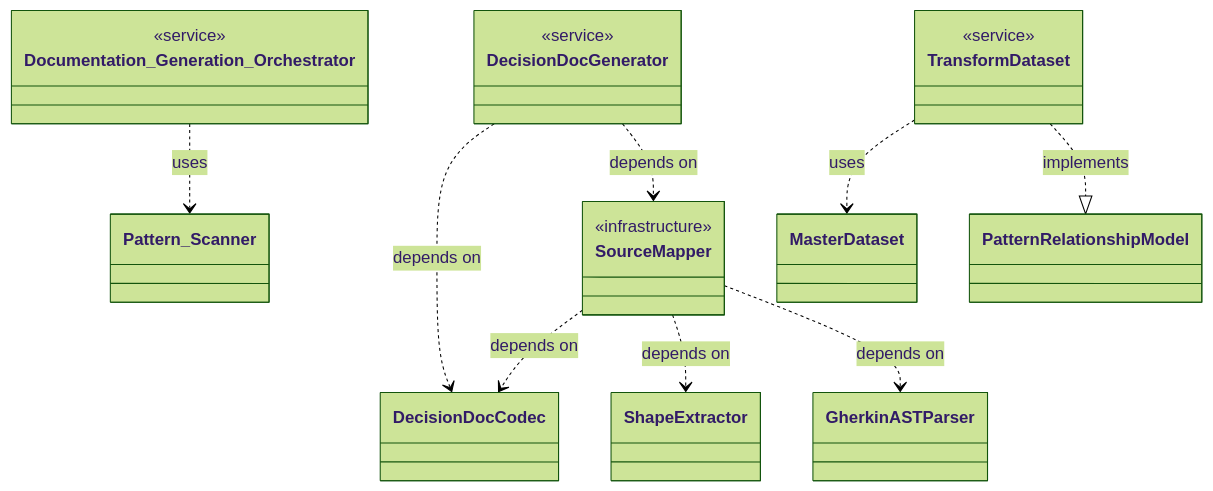
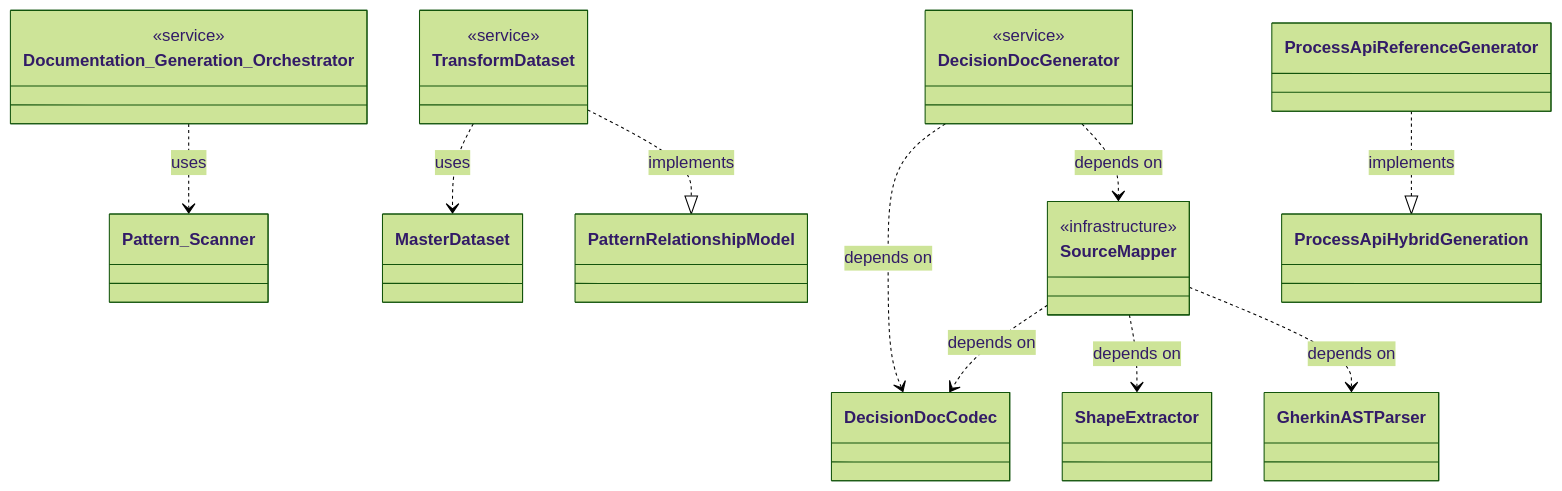
The third of 6 diagrams in docs-live/reference/REFERENCE-SAMPLE.md (libar-dev/architect), drawn with Mermaid (forest theme) before and after one commit. The commit also changed other lines of this file and 17 other files, not shown here.

First line of the commit message:
feat: implement ProcessApiHybridGeneration (Phase 43, roadmap→active)

````diff
--- a/docs-live/reference/REFERENCE-SAMPLE.md
+++ b/docs-live/reference/REFERENCE-SAMPLE.md
@@ -243,29 +243,33 @@
 ```mermaid
 classDiagram
     class SourceMapper {
         <<infrastructure>>
     }
     class Documentation_Generation_Orchestrator {
         <<service>>
     }
+    class TransformDataset {
+        <<service>>
+    }
+    class ProcessApiReferenceGenerator {
+    }
     class DecisionDocGenerator {
         <<service>>
     }
-    class TransformDataset {
-        <<service>>
-    }
     class MasterDataset
-    class ShapeExtractor
     class Pattern_Scanner
     class GherkinASTParser
+    class ShapeExtractor
     class DecisionDocCodec
+    class ProcessApiHybridGeneration
     class PatternRelationshipModel
     SourceMapper ..> DecisionDocCodec : depends on
     SourceMapper ..> ShapeExtractor : depends on
     SourceMapper ..> GherkinASTParser : depends on
     Documentation_Generation_Orchestrator ..> Pattern_Scanner : uses
+    TransformDataset ..> MasterDataset : uses
+    TransformDataset ..|> PatternRelationshipModel : implements
+    ProcessApiReferenceGenerator ..|> ProcessApiHybridGeneration : implements
     DecisionDocGenerator ..> DecisionDocCodec : depends on
     DecisionDocGenerator ..> SourceMapper : depends on
-    TransformDataset ..> MasterDataset : uses
-    TransformDataset ..|> PatternRelationshipModel : implements
 ```
````
